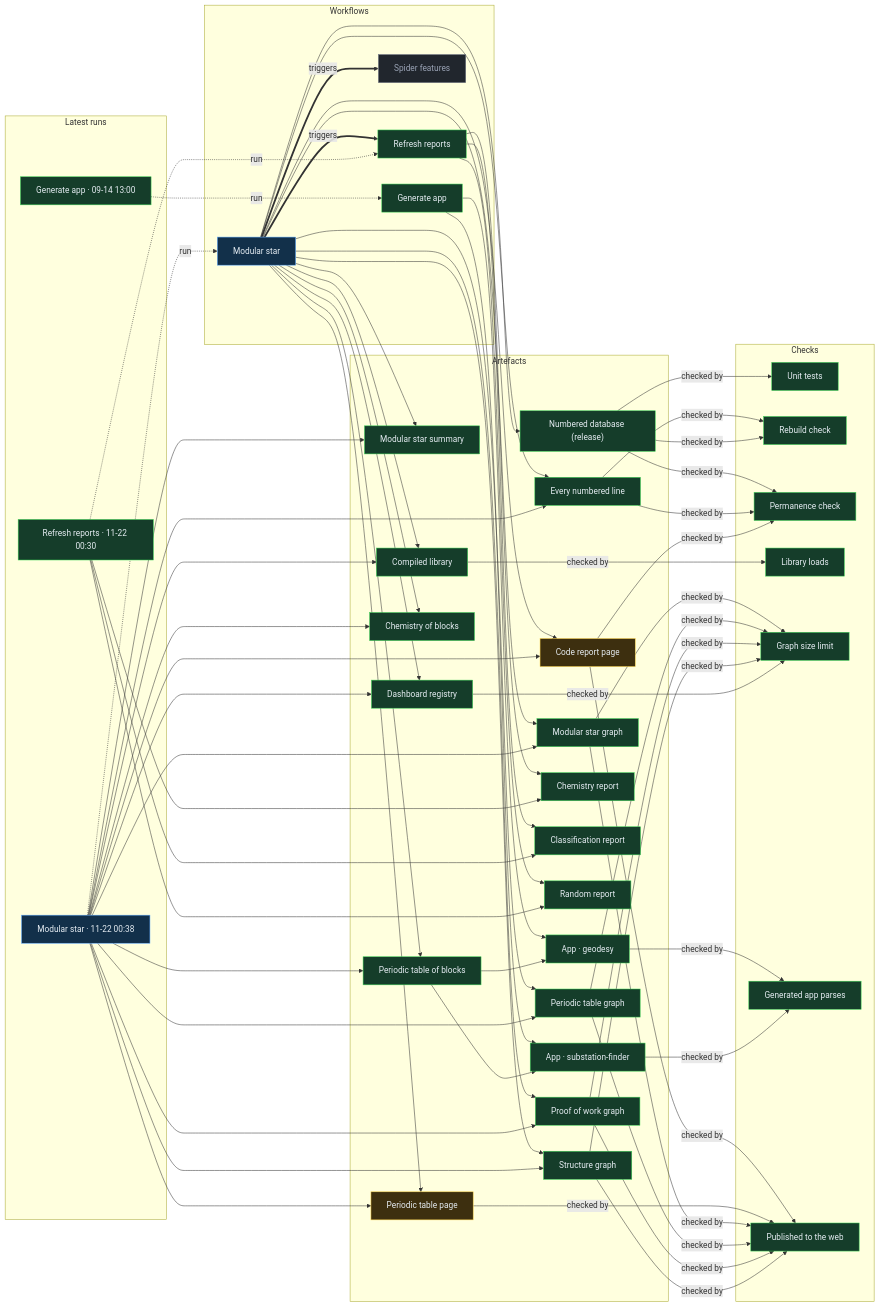
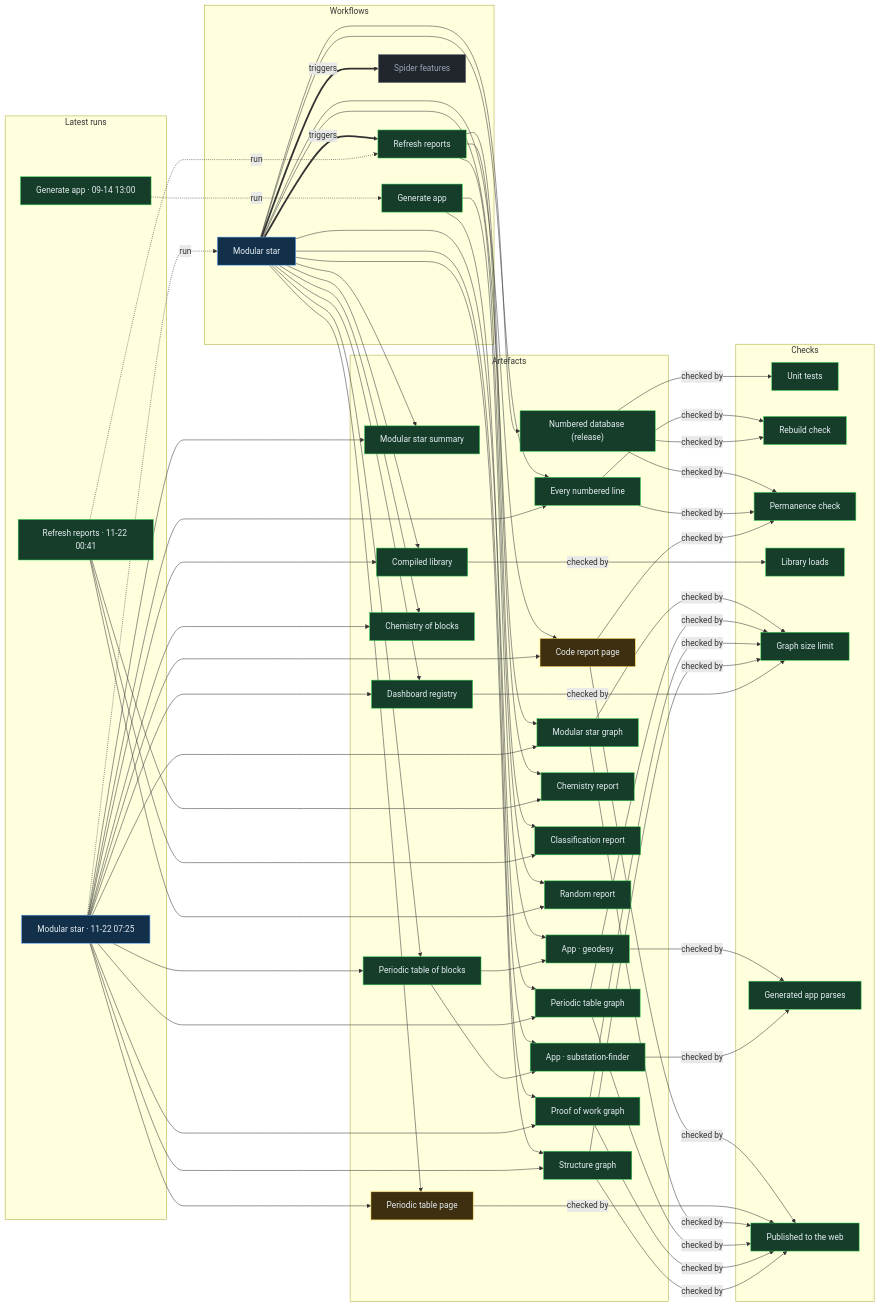
The diagram in proof/PROOF.md (Ventusltd/stars), drawn with Mermaid before and after one commit. The commit also changed other lines of this file and 168 other files, not shown here.

Commit message:
Modular star 2026-11-22T07:28Z

```diff
--- a/proof/PROOF.md
+++ b/proof/PROOF.md
@@ -24,8 +24,8 @@
   n_wf_spider_features["Spider features"]:::off
   end
   subgraph g_runs["Latest runs"]
-  n_run_44967615791["Modular star · 11-22 00:38"]:::live
-  n_run_44966963393["Refresh reports · 11-22 00:30"]:::ok
+  n_run_44998174528["Modular star · 11-22 07:25"]:::live
+  n_run_44967859743["Refresh reports · 11-22 00:41"]:::ok
   n_run_34846587798["Generate app · 09-14 13:00"]:::ok
   end
   subgraph g_artefacts["Artefacts"]
@@ -59,39 +59,39 @@
   end
   n_wf_modular_star == triggers ==> n_wf_refresh
   n_wf_modular_star == triggers ==> n_wf_spider_features
-  n_run_44967615791 -. run .-> n_wf_modular_star
-  n_run_44966963393 -. run .-> n_wf_refresh
+  n_run_44998174528 -. run .-> n_wf_modular_star
+  n_run_44967859743 -. run .-> n_wf_refresh
   n_run_34846587798 -. run .-> n_wf_generate
   n_wf_modular_star --> n_art_summary
-  n_run_44967615791 --> n_art_summary
+  n_run_44998174528 --> n_art_summary
   n_wf_modular_star --> n_art_lines
-  n_run_44967615791 --> n_art_lines
+  n_run_44998174528 --> n_art_lines
   n_wf_modular_star --> n_art_code
-  n_run_44967615791 --> n_art_code
+  n_run_44998174528 --> n_art_code
   n_wf_modular_star --> n_art_modular_graph
-  n_run_44967615791 --> n_art_modular_graph
+  n_run_44998174528 --> n_art_modular_graph
   n_wf_modular_star --> n_art_blocks
-  n_run_44967615791 --> n_art_blocks
+  n_run_44998174528 --> n_art_blocks
   n_wf_modular_star --> n_art_table
-  n_run_44967615791 --> n_art_table
+  n_run_44998174528 --> n_art_table
   n_wf_modular_star --> n_art_blocks_graph
-  n_run_44967615791 --> n_art_blocks_graph
+  n_run_44998174528 --> n_art_blocks_graph
   n_wf_modular_star --> n_art_reactions
-  n_run_44967615791 --> n_art_reactions
+  n_run_44998174528 --> n_art_reactions
   n_wf_modular_star --> n_art_library
-  n_run_44967615791 --> n_art_library
+  n_run_44998174528 --> n_art_library
   n_wf_modular_star --> n_art_features
-  n_run_44967615791 --> n_art_features
+  n_run_44998174528 --> n_art_features
   n_wf_modular_star --> n_art_proof
-  n_run_44967615791 --> n_art_proof
+  n_run_44998174528 --> n_art_proof
   n_wf_modular_star --> n_art_structure
-  n_run_44967615791 --> n_art_structure
+  n_run_44998174528 --> n_art_structure
   n_wf_refresh --> n_art_chemistry
-  n_run_44966963393 --> n_art_chemistry
+  n_run_44967859743 --> n_art_chemistry
   n_wf_refresh --> n_art_vedic
-  n_run_44966963393 --> n_art_vedic
+  n_run_44967859743 --> n_art_vedic
   n_wf_refresh --> n_art_random
-  n_run_44966963393 --> n_art_random
+  n_run_44967859743 --> n_art_random
   n_wf_modular_star --> n_art_release
   n_wf_generate --> n_app_geodesy
   n_art_blocks --> n_app_geodesy
```
